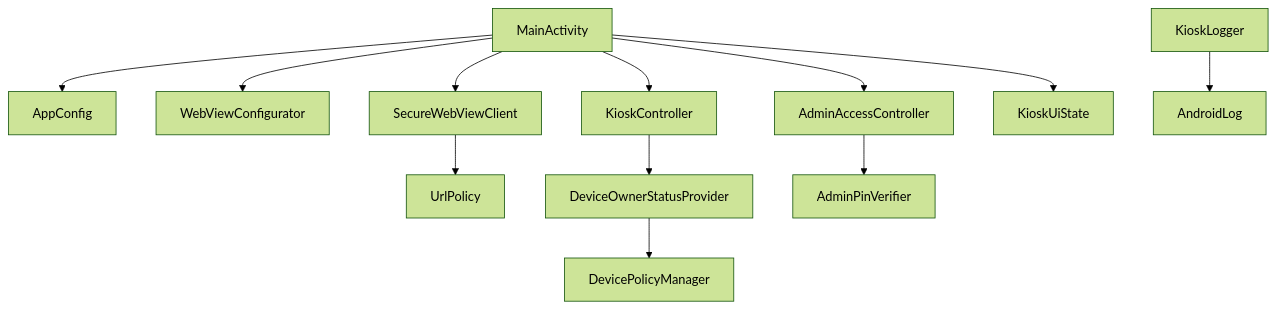
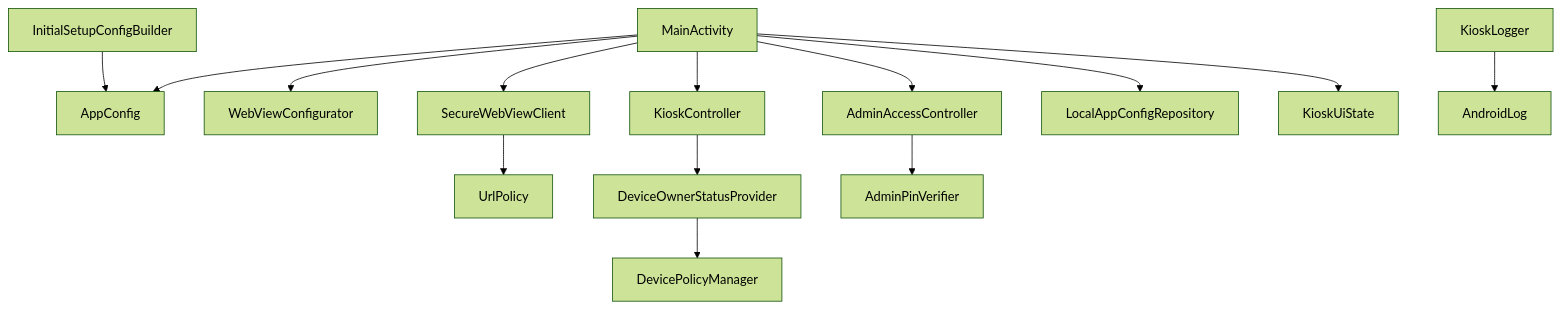
The first of 5 diagrams in docs/ARCHITECTURE.md (jugneyidk/fetchinkiosk), drawn with Mermaid (forest theme) before and after one commit. The commit also changed other lines of this file and 17 other files, not shown here.

First line of the commit message:
feat(config): add first-run kiosk setup

````diff
--- a/docs/ARCHITECTURE.md
+++ b/docs/ARCHITECTURE.md
@@ -24,14 +24,16 @@
 ```mermaid
 flowchart TD
     MainActivity --> AppConfig
     MainActivity --> WebViewConfigurator
     MainActivity --> SecureWebViewClient
     SecureWebViewClient --> UrlPolicy
     MainActivity --> KioskController
     KioskController --> DeviceOwnerStatusProvider
     DeviceOwnerStatusProvider --> DevicePolicyManager
     MainActivity --> AdminAccessController
     AdminAccessController --> AdminPinVerifier
+    MainActivity --> LocalAppConfigRepository
+    InitialSetupConfigBuilder --> AppConfig
     MainActivity --> KioskUiState
     KioskLogger --> AndroidLog
 ```
````
